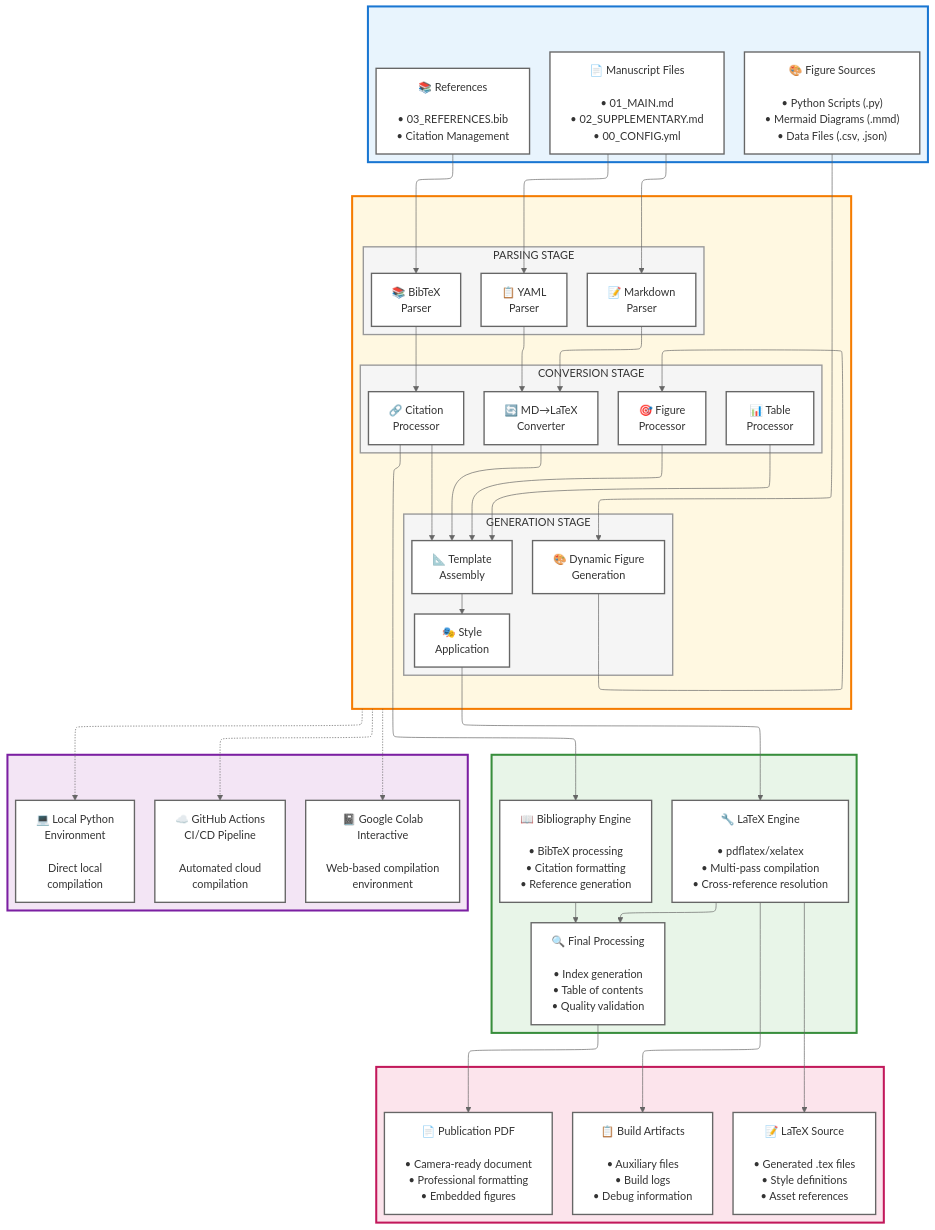
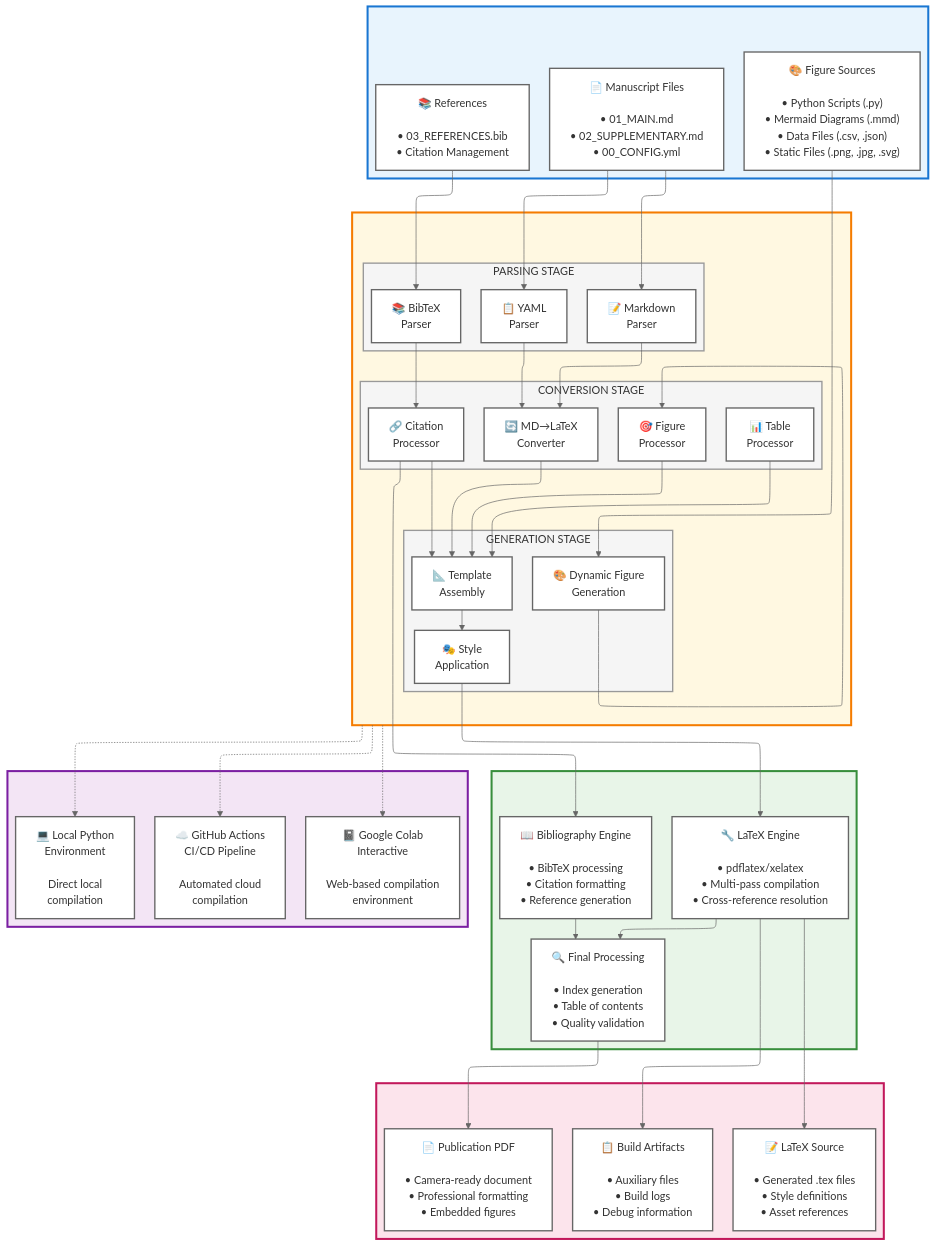
The diagram in EXAMPLE_MANUSCRIPT/FIGURES/SFigure_1.mmd (paxcalpt/rxiv-maker), drawn with Mermaid before and after one commit.

Commit message:
updated SFig1 mmd to include mention of static image files

```diff
--- a/EXAMPLE_MANUSCRIPT/FIGURES/SFigure_1.mmd
+++ b/EXAMPLE_MANUSCRIPT/FIGURES/SFigure_1.mmd
@@ -1,119 +1,119 @@
 ---
 config:
   theme: base
   themeVariables:
     fontFamily: 'Arial, Helvetica, sans-serif'
     fontSize: 16px
     primaryColor: '#ffffff'
     primaryTextColor: '#333333'
     primaryBorderColor: '#cccccc'
     lineColor: '#666666'
     background: '#ffffff'
   layout: elk
 ---
 flowchart TD
  subgraph A[" "]
     direction TB
-        A1["📄 Manuscript Files<br><br>• 01_MAIN.md<br>• 02_SUPPLEMENTARY.md<br>• 00_CONFIG.yml"]
-        A2["📚 References<br><br>• 03_REFERENCES.bib<br>• Citation Management"]
-        A3["🎨 Figure Sources<br><br>• Python Scripts (.py)<br>• Mermaid Diagrams (.mmd)<br>• Data Files (.csv, .json)"]
+      A1["📄 Manuscript Files<br><br>• 01_MAIN.md<br>• 02_SUPPLEMENTARY.md<br>• 00_CONFIG.yml"]
+      A2["📚 References<br><br>• 03_REFERENCES.bib<br>• Citation Management"]
+      A3["🎨 Figure Sources<br><br>• Python Scripts (.py)<br>• Mermaid Diagrams (.mmd)<br>• Data Files (.csv, .json)<br>• Static Files (.png, .jpg, .svg)"]
   end
- subgraph B1["PARSING STAGE"]
+ subgraph B1[PARSING STAGE]
     direction LR
         B1A["📝 Markdown<br>Parser"]
         B1B["📋 YAML<br>Parser"]
         B1C["📚 BibTeX<br>Parser"]
   end
- subgraph B2["CONVERSION STAGE"]
+ subgraph B2[CONVERSION STAGE]
     direction LR
         B2A["🔄 MD→LaTeX<br>Converter"]
         B2B["🎯 Figure<br>Processor"]
         B2C["📊 Table<br>Processor"]
         B2D["🔗 Citation<br>Processor"]
   end
- subgraph B3["GENERATION STAGE"]
+ subgraph B3[GENERATION STAGE]
     direction LR
         B3A["🎨 Dynamic Figure<br>Generation"]
         B3B["📐 Template<br>Assembly"]
         B3C["🎭 Style<br>Application"]
   end
  subgraph B[" "]
     direction TB
         B1
         B2
         B3
   end
  subgraph C[" "]
     direction TB
         C1["🔧 LaTeX Engine<br><br>• pdflatex/xelatex<br>• Multi-pass compilation<br>• Cross-reference resolution"]
         C2["📖 Bibliography Engine<br><br>• BibTeX processing<br>• Citation formatting<br>• Reference generation"]
         C3["🔍 Final Processing<br><br>• Index generation<br>• Table of contents<br>• Quality validation"]
   end
  subgraph D[" "]
     direction TB
         D1["📄 Publication PDF<br><br>• Camera-ready document<br>• Professional formatting<br>• Embedded figures"]
         D2["📝 LaTeX Source<br><br>• Generated .tex files<br>• Style definitions<br>• Asset references"]
         D3["📋 Build Artifacts<br><br>• Auxiliary files<br>• Build logs<br>• Debug information"]
   end
  subgraph E[" "]
     direction LR
         E1["☁️ GitHub Actions<br>CI/CD Pipeline<br><br>Automated cloud<br>compilation"]
         E2["📓 Google Colab<br>Interactive<br><br>Web-based compilation<br>environment"]
         E3["💻 Local Python<br>Environment<br><br>Direct local<br>compilation"]
   end
     A1 --> B1A & B1B
     A2 --> B1C
     A3 --> B3A
     B1A --> B2A
     B1B --> B2A
     B1C --> B2D
     B2A --> B3B
     B2B --> B3B
     B2C --> B3B
     B2D --> B3B & C2
     B3A --> B2B
     B3B --> B3C
     B3C --> C1
     C1 --> C3 & D2 & D3
     C2 --> C3
     C3 --> D1
     B -.-> E1 & E2 & E3
 
     A1:::componentBox
     A2:::componentBox
     A3:::componentBox
     B1A:::componentBox
     B1B:::componentBox
     B1C:::componentBox
     B2A:::componentBox
     B2B:::componentBox
     B2C:::componentBox
     B2D:::componentBox
     B3A:::componentBox
     B3B:::componentBox
     B3C:::componentBox
     C1:::componentBox
     C2:::componentBox
     C3:::componentBox
     D1:::componentBox
     D2:::componentBox
     D3:::componentBox
     E1:::componentBox
     E2:::componentBox
     E3:::componentBox
     A:::inputBox
     B:::processBox
     C:::compileBox
     D:::outputBox
     E:::deployBox
     B1:::stageBox
     B2:::stageBox
     B3:::stageBox
 
     classDef inputBox fill:#e8f4fd,stroke:#1976d2,stroke-width:3px,color:#333
     classDef processBox fill:#fff8e1,stroke:#f57c00,stroke-width:3px,color:#333
     classDef compileBox fill:#e8f5e8,stroke:#388e3c,stroke-width:3px,color:#333
     classDef outputBox fill:#fce4ec,stroke:#c2185b,stroke-width:3px,color:#333
     classDef deployBox fill:#f3e5f5,stroke:#7b1fa2,stroke-width:3px,color:#333
     classDef stageBox fill:#f5f5f5,stroke:#999999,stroke-width:2px,color:#333
     classDef componentBox fill:#ffffff,stroke:#666666,stroke-width:2px,color:#333
```
